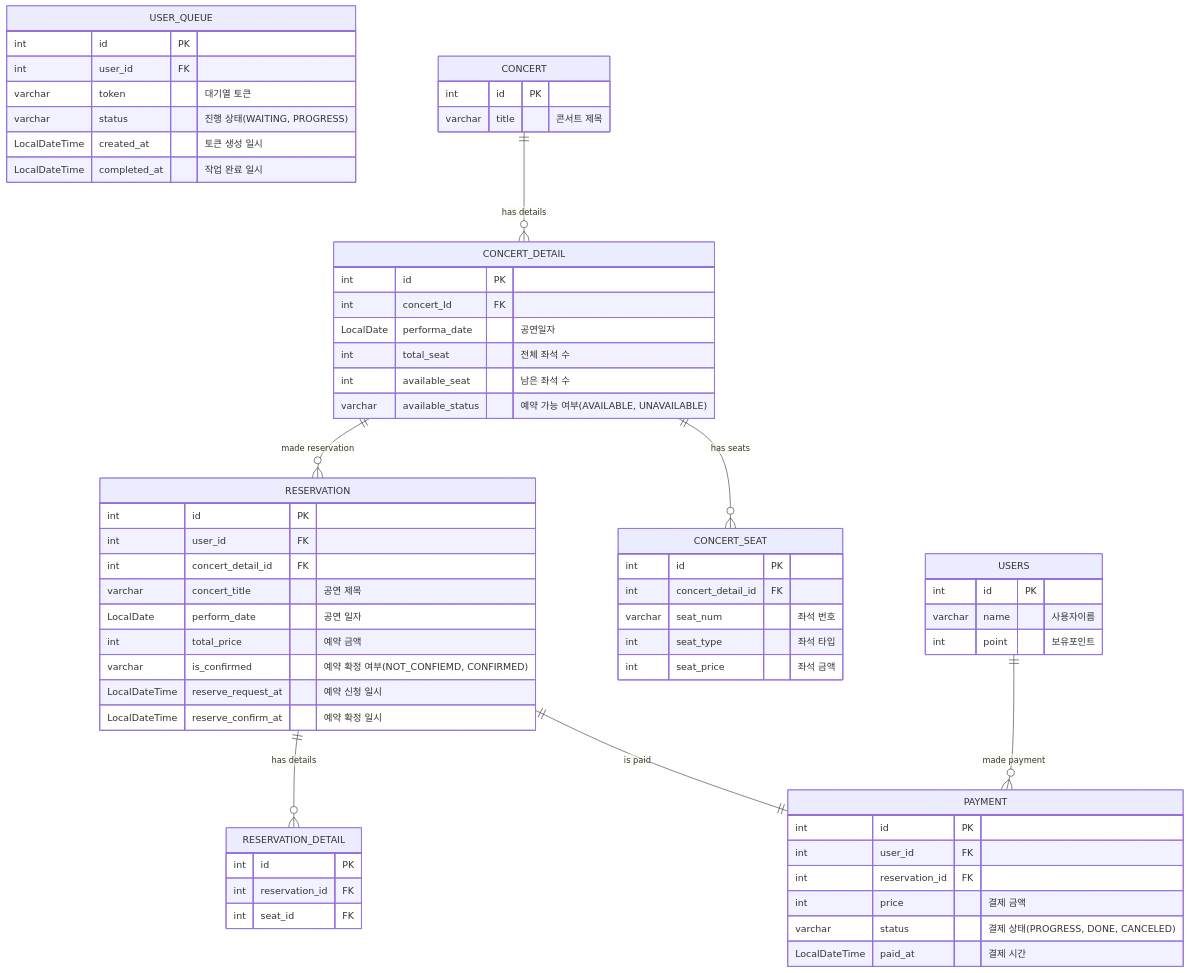
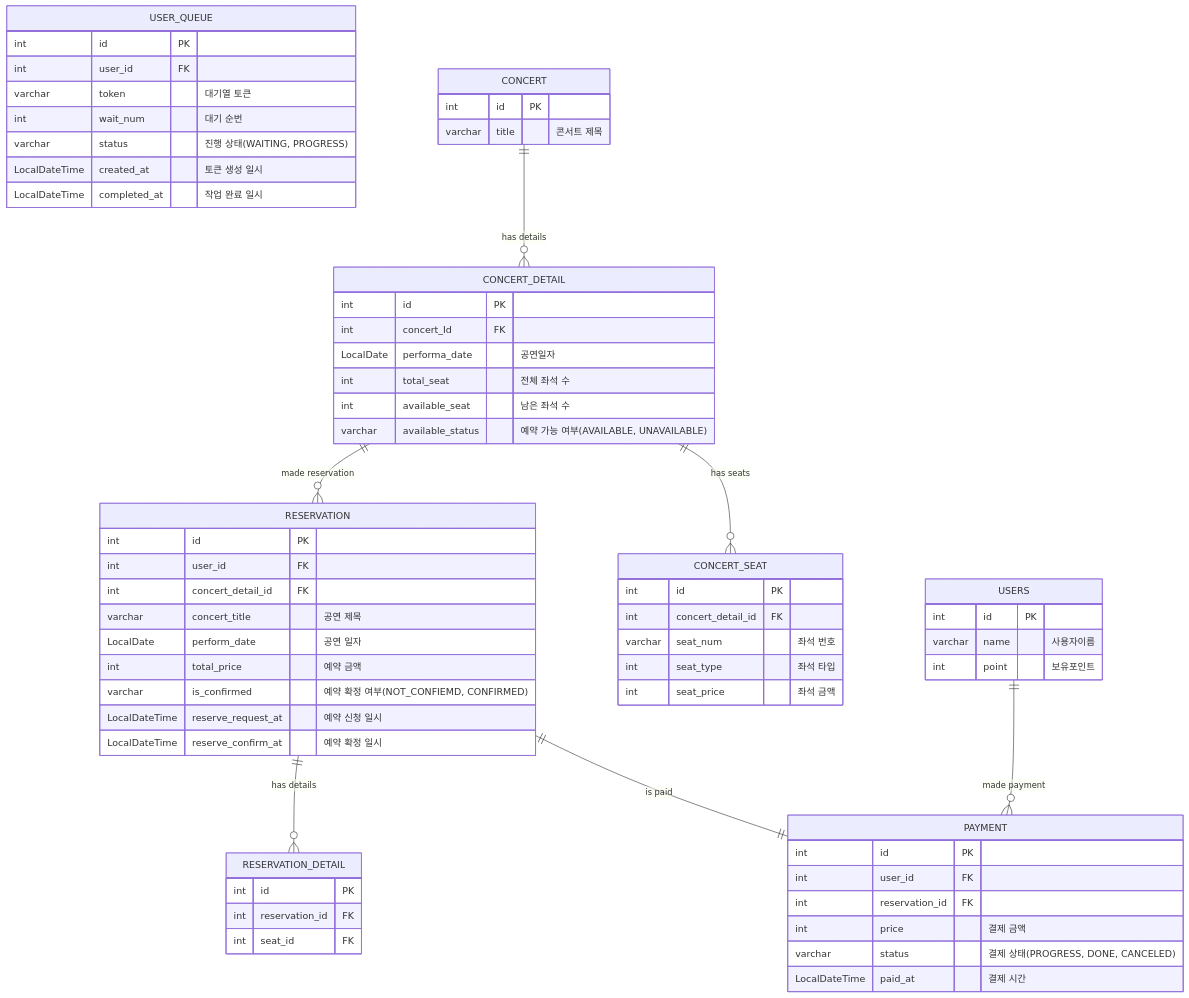
One commit to Lexyyaa/hhplus-reservation changed the diagram in reservation/doc/ERD.md. Above: the diagram before and after it, drawn with Mermaid.

````diff
--- a/reservation/doc/ERD.md
+++ b/reservation/doc/ERD.md
@@ -4,73 +4,74 @@
 ```mermaid
 erDiagram
     USERS {
         int id PK
         varchar name "사용자이름"
         int point "보유포인트"
     }
 
     USER_QUEUE {
         int id PK 
         int user_id FK
         varchar token "대기열 토큰"
+        int wait_num "대기 순번"
         varchar status "진행 상태(WAITING, PROGRESS)"
         LocalDateTime created_at "토큰 생성 일시"
         LocalDateTime completed_at "작업 완료 일시"
     }
 
     CONCERT {
         int id PK
         varchar title "콘서트 제목"
     }
 
     CONCERT_DETAIL {
         int id PK
         int concert_Id FK 
         LocalDate performa_date "공연일자"
         int total_seat "전체 좌석 수"
         int available_seat "남은 좌석 수"
         varchar available_status "예약 가능 여부(AVAILABLE, UNAVAILABLE)"
     }
 
     CONCERT_SEAT {
         int id PK
         int concert_detail_id FK
         varchar seat_num "좌석 번호"
         int seat_type "좌석 타입"
         int seat_price "좌석 금액"
     }
 
     RESERVATION {
         int id PK
         int user_id FK
         int concert_detail_id FK
         varchar concert_title "공연 제목"
         LocalDate perform_date "공연 일자"
         int total_price "예약 금액"
         varchar is_confirmed "예약 확정 여부(NOT_CONFIEMD, CONFIRMED)"
         LocalDateTime reserve_request_at "예약 신청 일시"
         LocalDateTime reserve_confirm_at "예약 확정 일시"
     }
 
     RESERVATION_DETAIL {
         int id PK
         int reservation_id FK
         int seat_id FK
     }
 
     PAYMENT {
         int id PK
         int user_id FK
         int reservation_id FK
         int price "결제 금액"
         varchar status "결제 상태(PROGRESS, DONE, CANCELED)"
         LocalDateTime paid_at "결제 시간"
     }
 
     RESERVATION ||--o{ RESERVATION_DETAIL: "has details"
     RESERVATION ||--|| PAYMENT: "is paid"
     USERS ||--o{ PAYMENT: "made payment"
     CONCERT ||--o{ CONCERT_DETAIL: "has details"
     CONCERT_DETAIL ||--o{ CONCERT_SEAT: "has seats"
     CONCERT_DETAIL ||--o{ RESERVATION: "made reservation"
 ```
````
